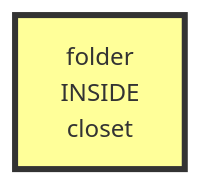
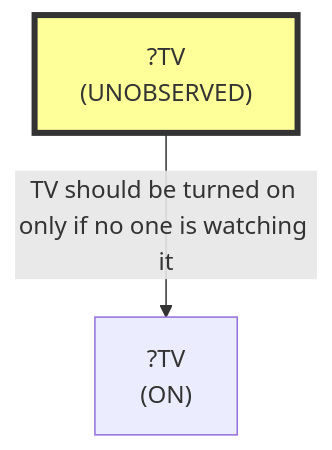
Before and after one commit to scuama/virtualhome: diagram 17 of 23 in evaluation/results/table1/_raw/robostate/run_T1_SCALE_SG01_S7.md, drawn with Mermaid. The commit also changed other lines of this file and 96 other files, not shown here.

````diff
--- a/evaluation/results/table1/_raw/robostate/run_T1_SCALE_SG01_S7.md
+++ b/evaluation/results/table1/_raw/robostate/run_T1_SCALE_SG01_S7.md
@@ -1133,5 +1246,7 @@
 ```mermaid
 graph TD
-    N1["folder<br>INSIDE<br>closet"]
-    style N1 fill:#ff9,stroke:#333,stroke-width:4px
+    N1["?TV<br>(ON)"]
+    N2["?TV<br>(UNOBSERVED)"]
+    style N2 fill:#ff9,stroke:#333,stroke-width:4px
+    N2 -->|"TV should be turned on only if no one is watching it"| N1
 ```
````
